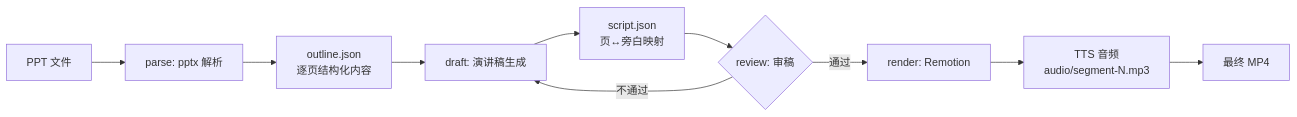
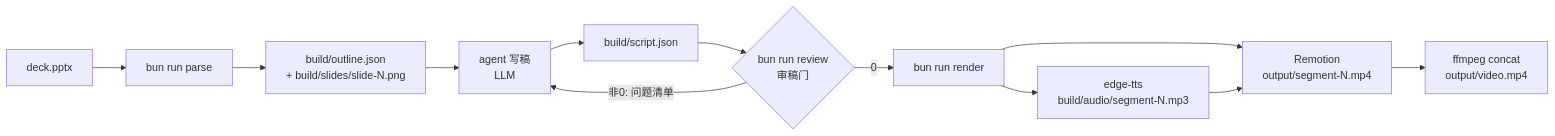
The diagram in AGENTS.md (binbinao/ppt-to-presentation), drawn with Mermaid before and after one commit. The commit also changed other lines of this file, not shown here.

````diff
--- a/AGENTS.md
+++ b/AGENTS.md
@@ -16,12 +16,14 @@
 ```mermaid
 flowchart LR
-    A[PPT 文件] --> B[parse: pptx 解析]
-    B --> C[outline.json<br/>逐页结构化内容]
-    C --> D[draft: 演讲稿生成]
-    D --> E[script.json<br/>页↔旁白映射]
-    E --> F{review: 审稿}
-    F -- 不通过 --> D
-    F -- 通过 --> G[render: Remotion]
-    G --> H[TTS 音频<br/>audio/segment-N.mp3]
-    H --> I[最终 MP4]
+    A[deck.pptx] --> B[bun run parse]
+    B --> C[build/outline.json<br/>+ build/slides/slide-N.png]
+    C --> D[agent 写稿<br/>LLM]
+    D --> E[build/script.json]
+    E --> F{bun run review<br/>审稿门}
+    F -- 非0: 问题清单 --> D
+    F -- 0 --> G[bun run render]
+    G --> H[edge-tts<br/>build/audio/segment-N.mp3]
+    G --> I[Remotion<br/>output/segment-N.mp4]
+    H --> I
+    I --> J[ffmpeg concat<br/>output/video.mp4]
 ```
````
